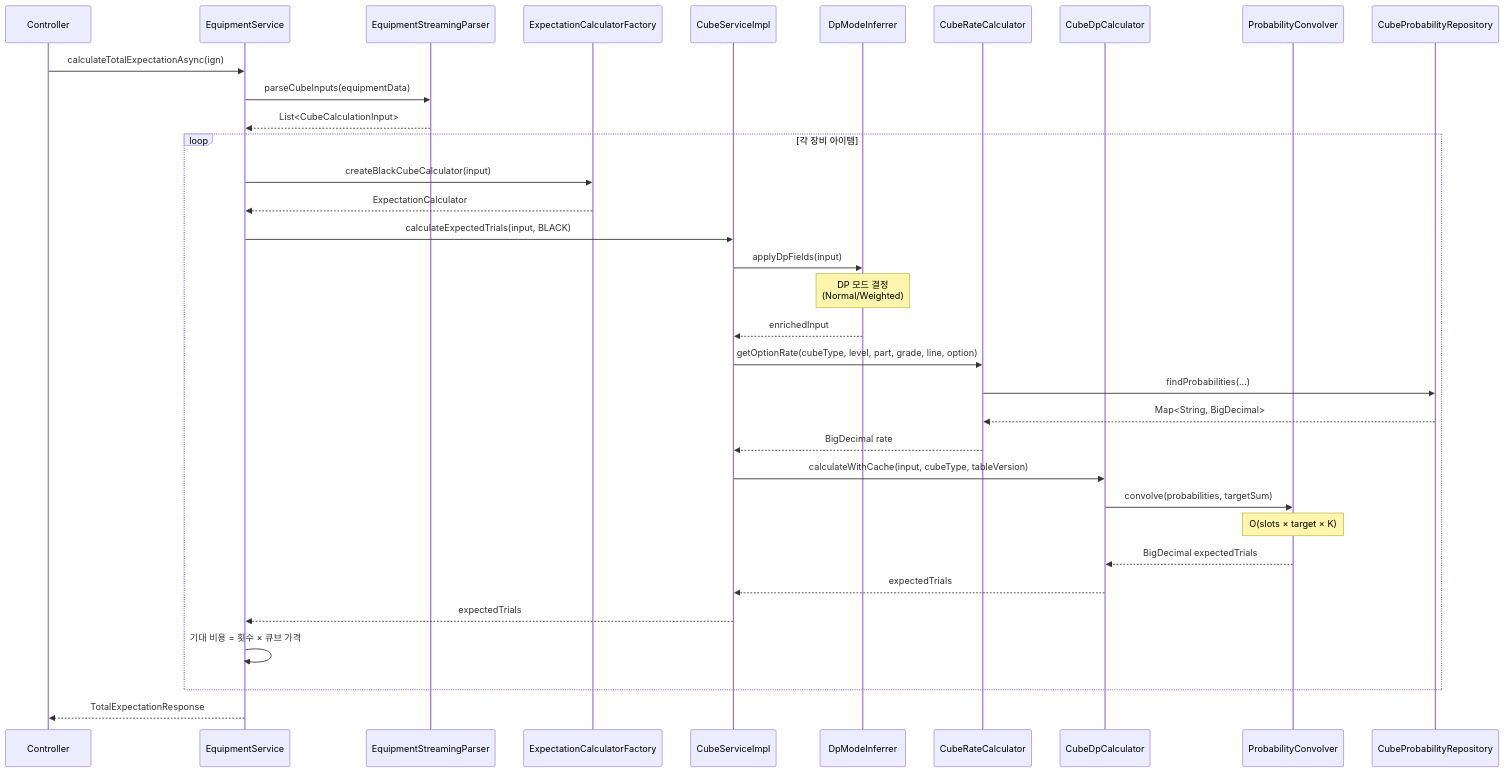
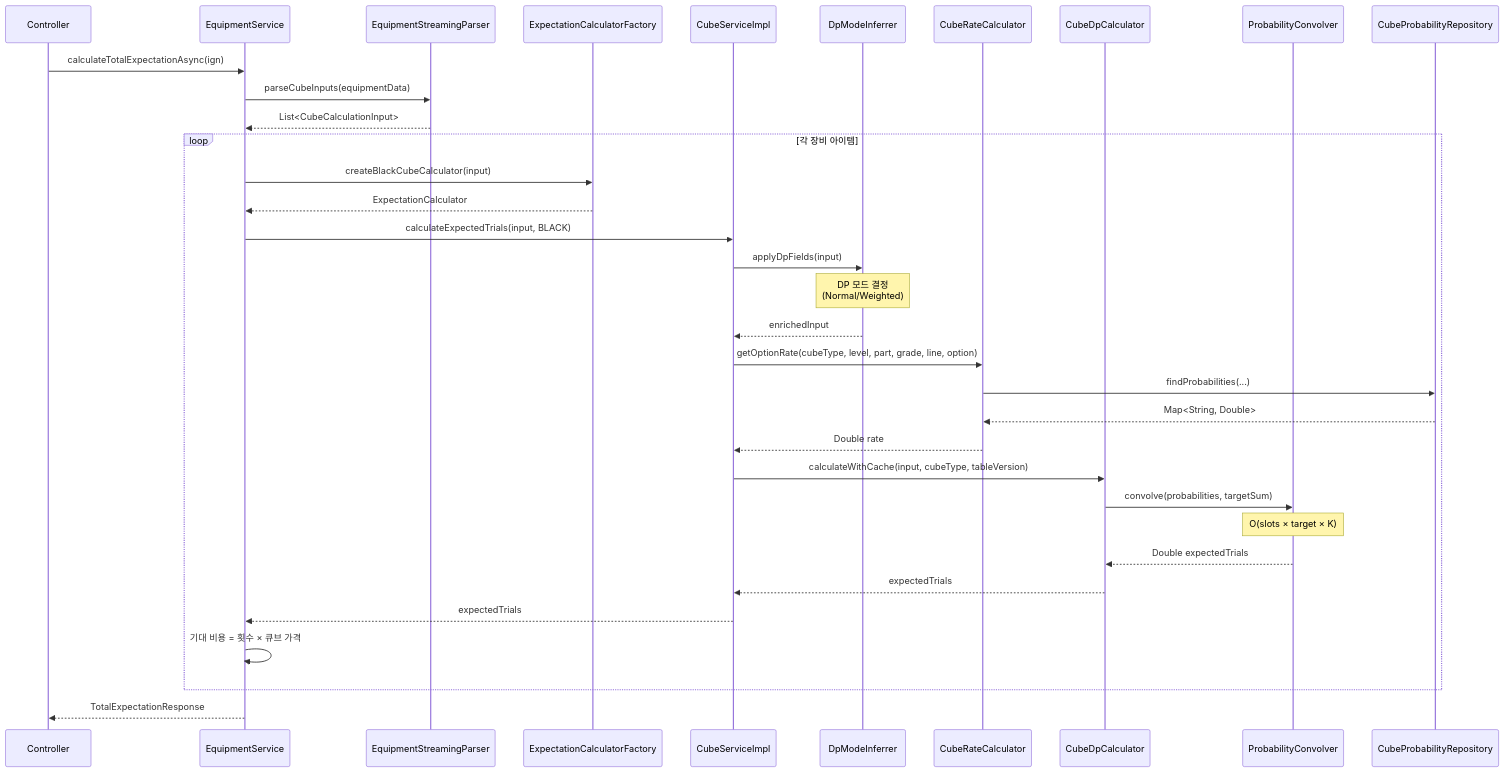
One commit to zbnerd/MapleExpectation changed the first of 4 diagrams in docs/dp-calculator-sequence.md. Above: the diagram before and after it, drawn with Mermaid. The commit also changed other lines of this file and 3 other files, not shown here.

First line of the commit message:
docs: BigDecimal → double 문서 정합성 수정

````diff
--- a/docs/dp-calculator-sequence.md
+++ b/docs/dp-calculator-sequence.md
@@ -9,44 +9,44 @@
 ```mermaid
 sequenceDiagram
     participant CT as Controller
     participant SV as EquipmentService
     participant EP as EquipmentStreamingParser
     participant FC as ExpectationCalculatorFactory
     participant CS as CubeServiceImpl
     participant DI as DpModeInferrer
     participant RC as CubeRateCalculator
     participant DP as CubeDpCalculator
     participant PC as ProbabilityConvolver
     participant RP as CubeProbabilityRepository
 
     CT->>SV: calculateTotalExpectationAsync(ign)
     SV->>EP: parseCubeInputs(equipmentData)
     EP-->>SV: List<CubeCalculationInput>
 
     loop 각 장비 아이템
         SV->>FC: createBlackCubeCalculator(input)
         FC-->>SV: ExpectationCalculator
 
         SV->>CS: calculateExpectedTrials(input, BLACK)
 
         CS->>DI: applyDpFields(input)
         Note over DI: DP 모드 결정<br/>(Normal/Weighted)
         DI-->>CS: enrichedInput
 
         CS->>RC: getOptionRate(cubeType, level, part, grade, line, option)
         RC->>RP: findProbabilities(...)
-        RP-->>RC: Map<String, BigDecimal>
-        RC-->>CS: BigDecimal rate
+        RP-->>RC: Map<String, Double>
+        RC-->>CS: Double rate
 
         CS->>DP: calculateWithCache(input, cubeType, tableVersion)
         DP->>PC: convolve(probabilities, targetSum)
         Note over PC: O(slots × target × K)
-        PC-->>DP: BigDecimal expectedTrials
+        PC-->>DP: Double expectedTrials
         DP-->>CS: expectedTrials
 
         CS-->>SV: expectedTrials
         SV->>SV: 기대 비용 = 횟수 × 큐브 가격
     end
 
     SV-->>CT: TotalExpectationResponse
 ```
````
